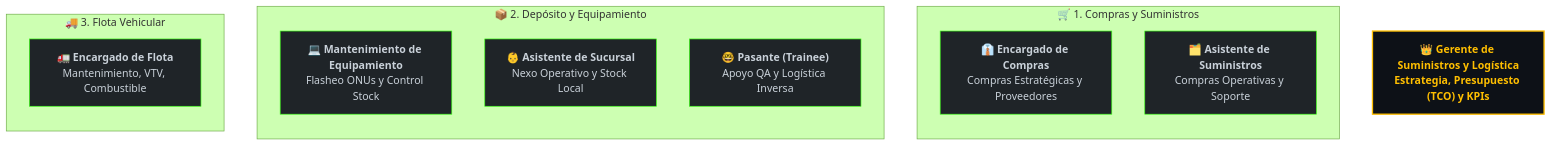
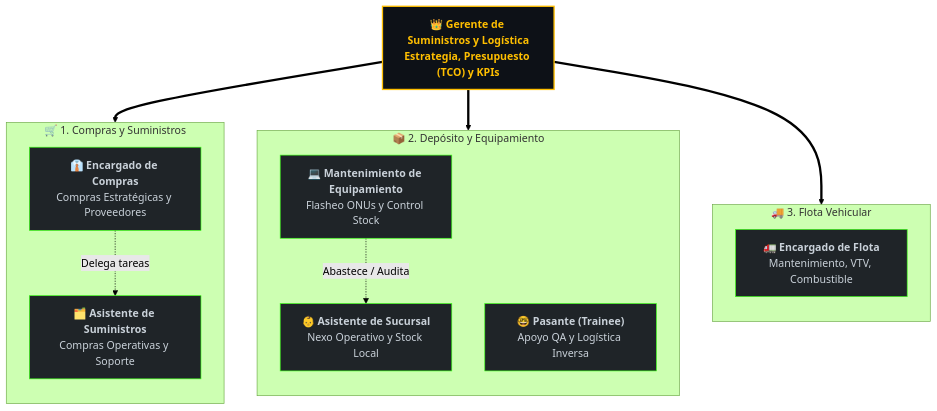
The diagram in docs/index.md (elingenierok/procedimientos-isp), drawn with Mermaid (forest theme) before and after one commit.

````diff
--- a/docs/index.md
+++ b/docs/index.md
@@ -14,30 +14,39 @@
 ```mermaid
 graph TD
     classDef gerencia fill:#0d1117,stroke:#ffbf00,stroke-width:2px,color:#ffbf00,font-weight:bold;
     classDef area fill:#161b22,stroke:#00f3ff,stroke-width:2px,color:#00f3ff,font-weight:bold;
     classDef rol fill:#1f2428,stroke:#39ff14,stroke-width:1px,color:#c9d1d9,border-radius:5px;
 
     %% Liderazgo
     GER["<b>👑 Gerente de Suministros y Logística</b><br>Estrategia, Presupuesto (TCO) y KPIs"]:::gerencia
 
     %% Sub-Vertical 1
     subgraph SV1 ["🛒 1. Compras y Suministros"]
         direction TB
         R_COMP["<b>👔 Encargado de Compras</b><br>Compras Estratégicas y Proveedores"]:::rol
         R_ASIS["<b>🗂️ Asistente de Suministros</b><br>Compras Operativas y Soporte"]:::rol
     end
 
     %% Sub-Vertical 2
     subgraph SV2 ["📦 2. Depósito y Equipamiento"]
         direction TB
         R_MANT["<b>💻 Mantenimiento de Equipamiento</b><br>Flasheo ONUs y Control Stock"]:::rol
         R_SUC["<b>👶 Asistente de Sucursal</b><br>Nexo Operativo y Stock Local"]:::rol
         R_PAS["<b>🤓 Pasante (Trainee)</b><br>Apoyo QA y Logística Inversa"]:::rol
     end
 
     %% Sub-Vertical 3
     subgraph SV3 ["🚚 3. Flota Vehicular"]
         direction TB
         R_FLOTA["<b>🚛 Encargado de Flota</b><br>Mantenimiento, VTV, Combustible"]:::rol
     end
+
+    %% Conexiones Jerárquicas
+    GER ==> SV1
+    GER ==> SV2
+    GER ==> SV3
+
+    %% Conexiones Operativas Internas
+    R_COMP -.->|Delega tareas| R_ASIS
+    R_MANT -.->|Abastece / Audita| R_SUC
 ```
````
